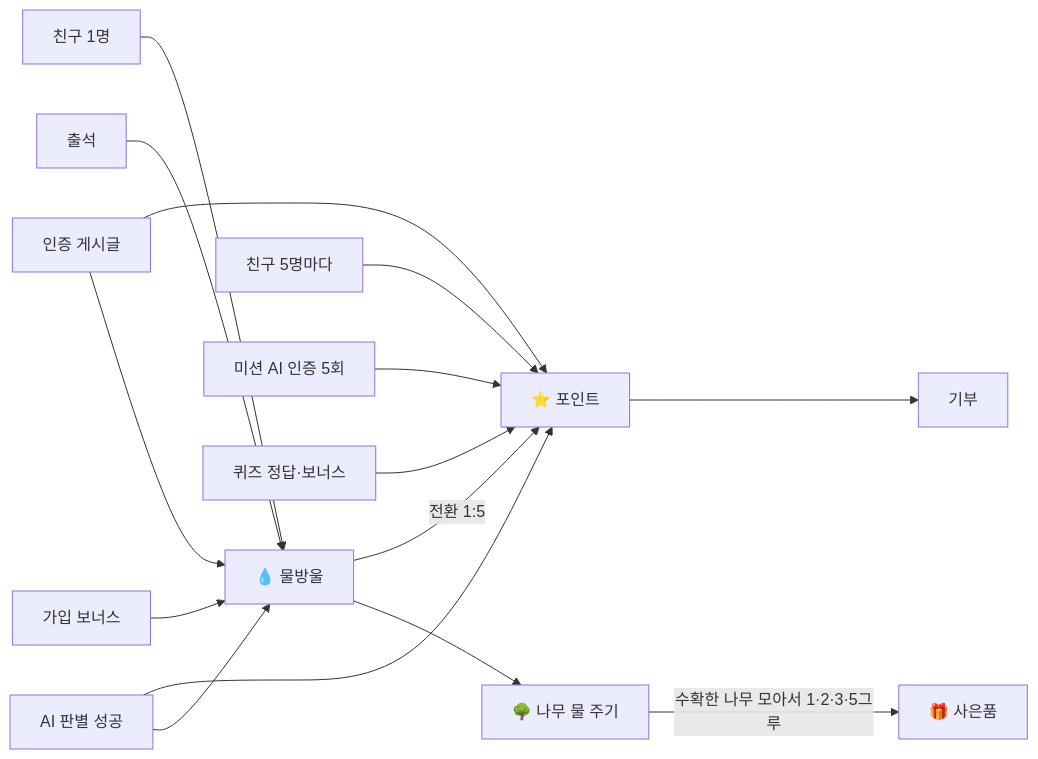
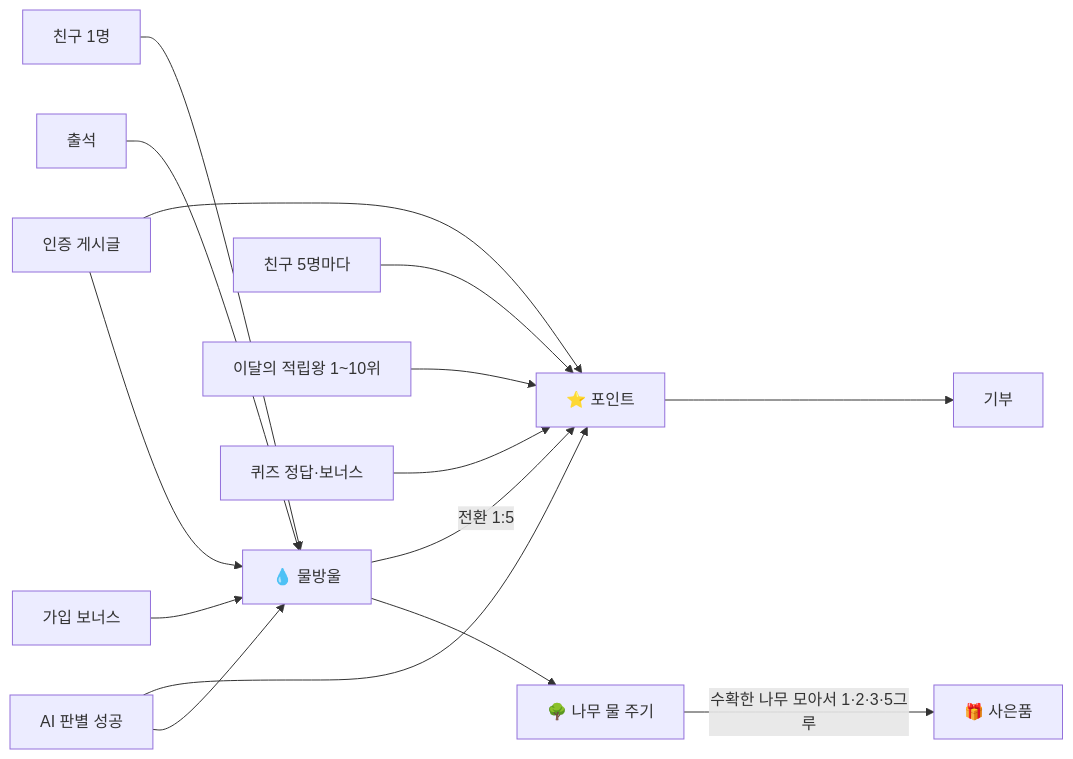
One commit to sillery1962-eng/repick changed the second of 3 diagrams in docs/api-spec.md. Above: the diagram before and after it, drawn with Mermaid. The commit also changed other lines of this file and 3 other files, not shown here.

````diff
--- a/docs/api-spec.md
+++ b/docs/api-spec.md
@@ -44,17 +44,17 @@
 ```mermaid
 flowchart LR
   S[AI 판별 성공] --> D[💧 물방울]
   S --> P[⭐ 포인트]
   J[가입 보너스] --> D
   A[출석] --> D
   F[친구 1명] --> D
   V[인증 게시글] --> D
   V --> P
   F5[친구 5명마다] --> P
-  M[미션 AI 인증 5회] --> P
+  R[이달의 적립왕 1~10위] --> P
   Q[퀴즈 정답·보너스] --> P
   D --> T[🌳 나무 물 주기]
   T -->|수확한 나무 모아서 1·2·3·5그루| G[🎁 사은품]
   D -->|전환 1:5| P
   P --> DN[기부]
 ```
````
